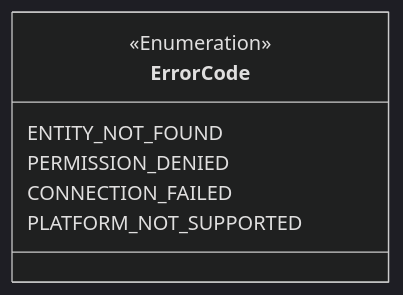
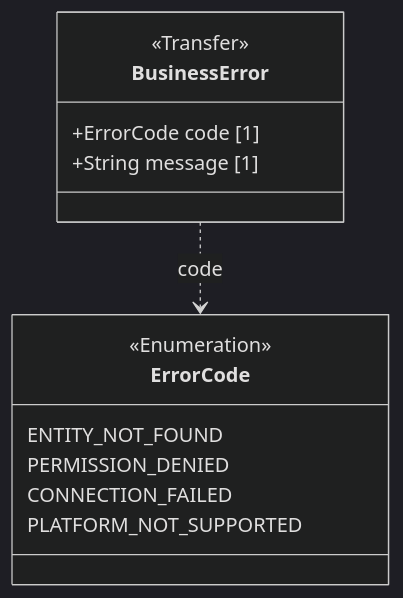
Before and after one commit to BlackBeltTechnology/judo-blueprint: the diagram in catalog/model-blueprints/error-code-enum/model.md, drawn with Mermaid (dark theme). The commit also changed other lines of this file and 22 other files, not shown here.

Commit message:
feat(catalog): Pass B v2 bp05 — 7 entries checked against corrected agent-docs and specs (document-file-attachment document-registry-sequence document-review-state-machine draft-done-status-enum entity-change-history-snapshot environment-enum error-code-enum)

````diff
--- a/catalog/model-blueprints/error-code-enum/model.md
+++ b/catalog/model-blueprints/error-code-enum/model.md
@@ -23,10 +23,16 @@
 ```mermaid
 classDiagram
+  class BusinessError {
+    <<Transfer>>
+    +ErrorCode code [1]
+    +String message [1]
+  }
   class ErrorCode {
     <<Enumeration>>
     ENTITY_NOT_FOUND
     PERMISSION_DENIED
     CONNECTION_FAILED
     PLATFORM_NOT_SUPPORTED
   }
+  BusinessError ..> ErrorCode : code
 ```
````
